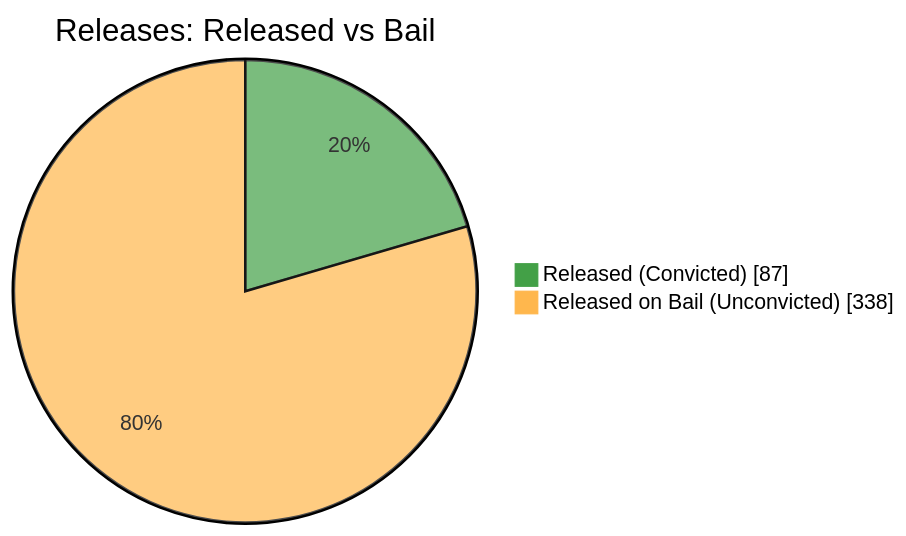
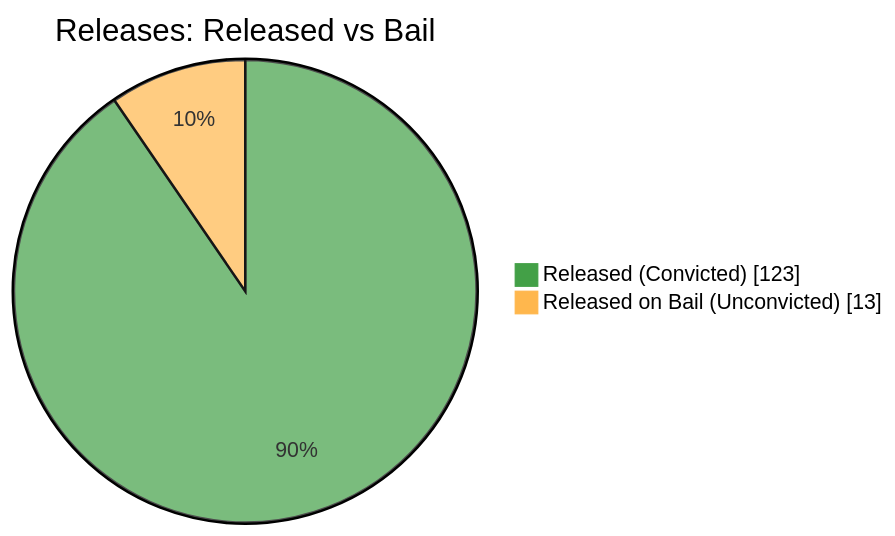
The fifth of 7 diagrams in README.md (nuuuwan/lk_prisons), drawn with Mermaid before and after one commit. The commit also changed other lines of this file and 1 other file, not shown here.

````diff
--- a/README.md
+++ b/README.md
@@ -87,6 +87,6 @@
 ```mermaid
 %%{init: {'themeVariables': {'pie1': '#43A047', 'pie2': '#FFB74D'}}}%%
 pie showData title Releases: Released vs Bail
-    "Released (Convicted)" : 87
-    "Released on Bail (Unconvicted)" : 338
+    "Released (Convicted)" : 123
+    "Released on Bail (Unconvicted)" : 13
 ```
````
